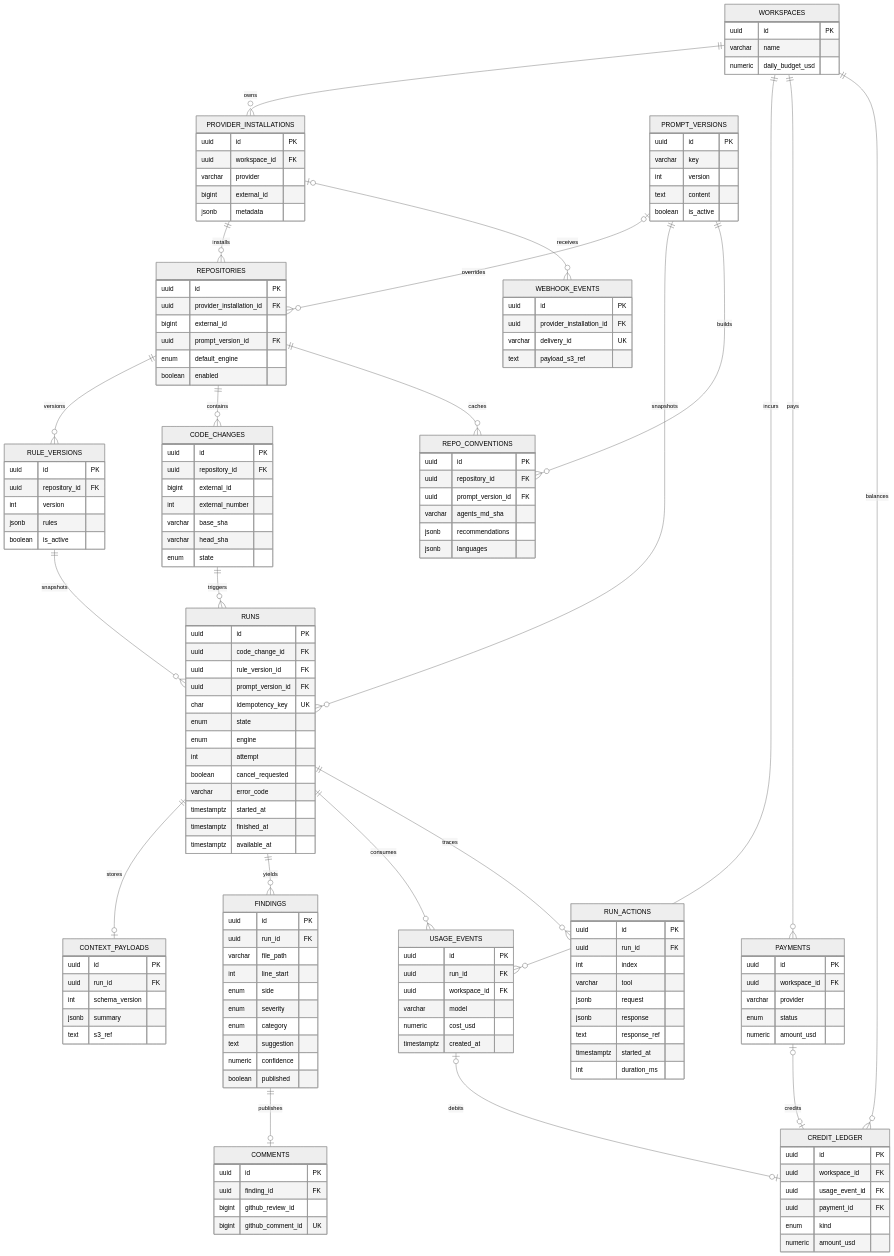
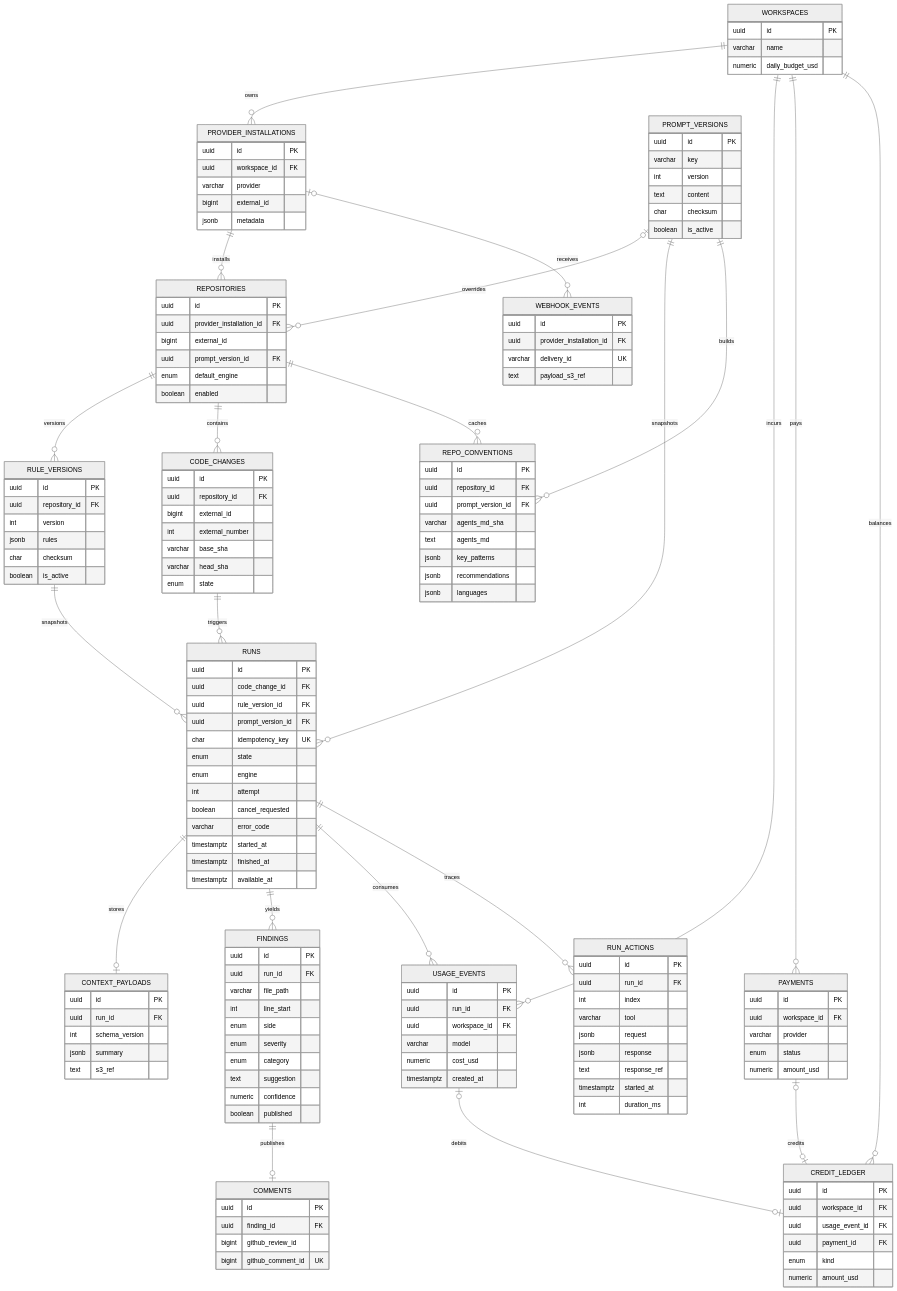
One commit to larchanka-training/dmc-268-api-t6 changed the diagram in docs/erd/erd.mmd. Above: the diagram before and after it, drawn with Mermaid (neutral theme). The commit also changed 1 other file, not shown here.

Commit message:
chore: update erd

```diff
--- a/docs/erd/erd.mmd
+++ b/docs/erd/erd.mmd
@@ -1,154 +1,158 @@
 erDiagram
     WORKSPACES ||--o{ PROVIDER_INSTALLATIONS : owns
     WORKSPACES ||--o{ USAGE_EVENTS : incurs
     WORKSPACES ||--o{ PAYMENTS : pays
     WORKSPACES ||--o{ CREDIT_LEDGER : balances
     PROVIDER_INSTALLATIONS ||--o{ REPOSITORIES : installs
     PROVIDER_INSTALLATIONS o|--o{ WEBHOOK_EVENTS : receives
     PROMPT_VERSIONS o|--o{ REPOSITORIES : overrides
     PROMPT_VERSIONS ||--o{ RUNS : snapshots
     PROMPT_VERSIONS ||--o{ REPO_CONVENTIONS : builds
     REPOSITORIES ||--o{ RULE_VERSIONS : versions
     REPOSITORIES ||--o{ CODE_CHANGES : contains
     REPOSITORIES ||--o{ REPO_CONVENTIONS : caches
     RULE_VERSIONS ||--o{ RUNS : snapshots
     CODE_CHANGES ||--o{ RUNS : triggers
     RUNS ||--o| CONTEXT_PAYLOADS : stores
     RUNS ||--o{ FINDINGS : yields
     RUNS ||--o{ USAGE_EVENTS : consumes
     RUNS ||--o{ RUN_ACTIONS : traces
     FINDINGS ||--o| COMMENTS : publishes
     USAGE_EVENTS o|--o| CREDIT_LEDGER : debits
     PAYMENTS o|--o| CREDIT_LEDGER : credits
 
     WORKSPACES {
       uuid id PK
       varchar name
       numeric daily_budget_usd
     }
     PROVIDER_INSTALLATIONS {
       uuid id PK
       uuid workspace_id FK
       varchar provider
       bigint external_id
       jsonb metadata
     }
     REPOSITORIES {
       uuid id PK
       uuid provider_installation_id FK
       bigint external_id
       uuid prompt_version_id FK
       enum default_engine
       boolean enabled
     }
     CODE_CHANGES {
       uuid id PK
       uuid repository_id FK
       bigint external_id
       int external_number
       varchar base_sha
       varchar head_sha
       enum state
     }
     RUNS {
       uuid id PK
       uuid code_change_id FK
       uuid rule_version_id FK
       uuid prompt_version_id FK
       char idempotency_key UK
       enum state
       enum engine
       int attempt
       boolean cancel_requested
       varchar error_code
       timestamptz started_at
       timestamptz finished_at
       timestamptz available_at
     }
     CONTEXT_PAYLOADS {
       uuid id PK
       uuid run_id FK
       int schema_version
       jsonb summary
       text s3_ref
     }
     FINDINGS {
       uuid id PK
       uuid run_id FK
       varchar file_path
       int line_start
       enum side
       enum severity
       enum category
       text suggestion
       numeric confidence
       boolean published
     }
     COMMENTS {
       uuid id PK
       uuid finding_id FK
       bigint github_review_id
       bigint github_comment_id UK
     }
     RULE_VERSIONS {
       uuid id PK
       uuid repository_id FK
       int version
       jsonb rules
+      char checksum
       boolean is_active
     }
     PROMPT_VERSIONS {
       uuid id PK
       varchar key
       int version
       text content
+      char checksum
       boolean is_active
     }
     WEBHOOK_EVENTS {
       uuid id PK
       uuid provider_installation_id FK
       varchar delivery_id UK
       text payload_s3_ref
     }
     USAGE_EVENTS {
       uuid id PK
       uuid run_id FK
       uuid workspace_id FK
       varchar model
       numeric cost_usd
       timestamptz created_at
     }
     PAYMENTS {
       uuid id PK
       uuid workspace_id FK
       varchar provider
       enum status
       numeric amount_usd
     }
     CREDIT_LEDGER {
       uuid id PK
       uuid workspace_id FK
       uuid usage_event_id FK
       uuid payment_id FK
       enum kind
       numeric amount_usd
     }
     REPO_CONVENTIONS {
       uuid id PK
       uuid repository_id FK
       uuid prompt_version_id FK
       varchar agents_md_sha
+      text agents_md
+      jsonb key_patterns
       jsonb recommendations
       jsonb languages
     }
     RUN_ACTIONS {
       uuid id PK
       uuid run_id FK
       int index
       varchar tool
       jsonb request
       jsonb response
       text response_ref
       timestamptz started_at
       int duration_ms
     }
```
